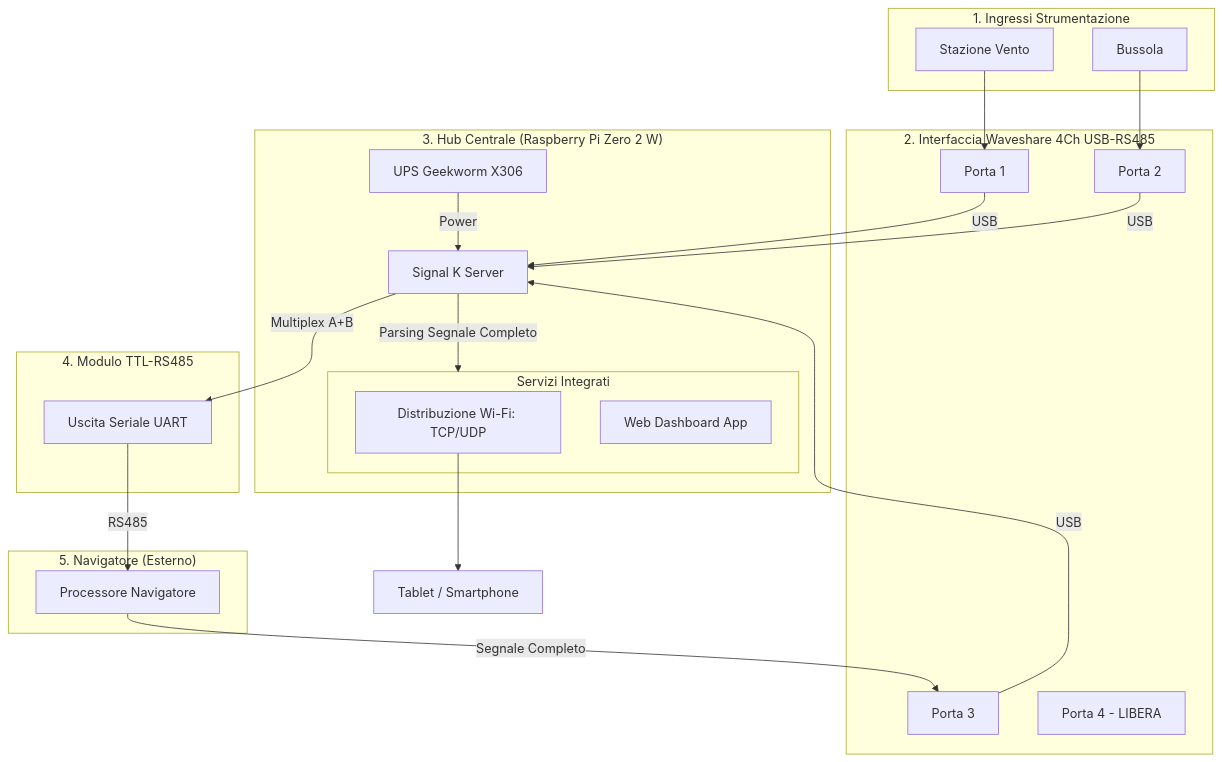
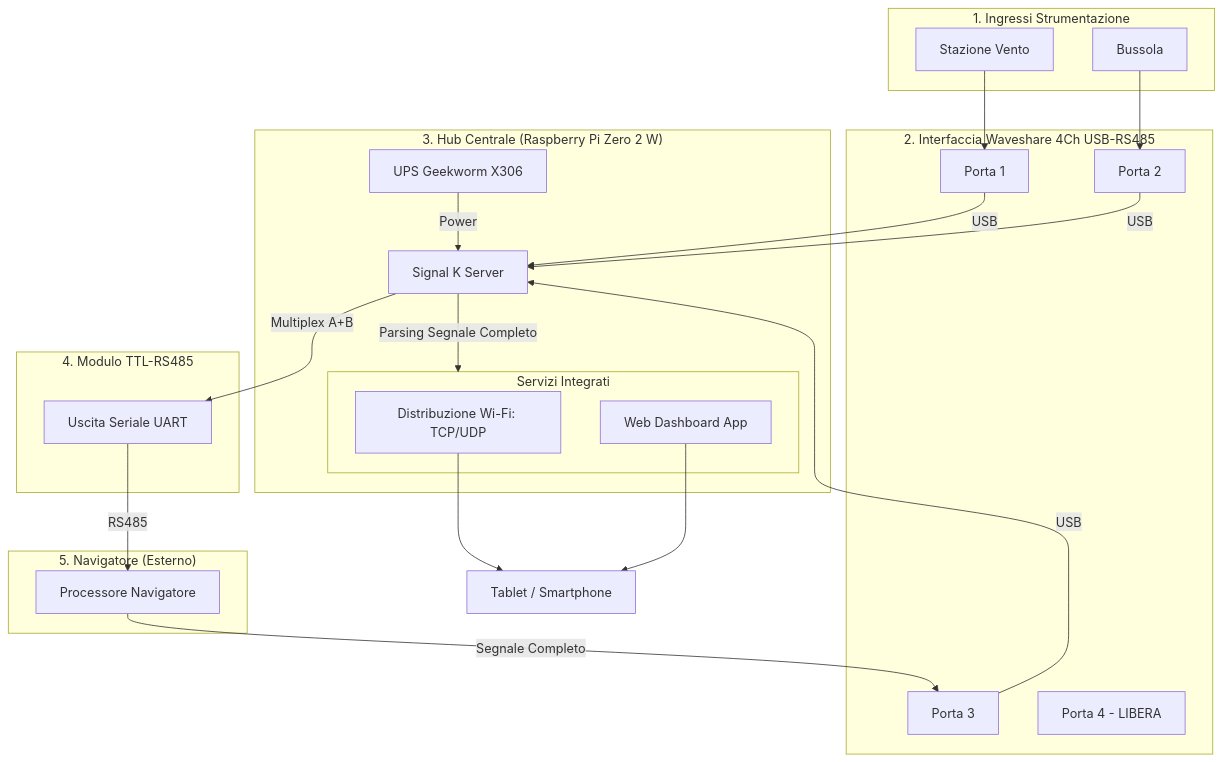
One commit to PZero/MamaoHub changed the diagram in README.md. Above: the diagram before and after it, drawn with Mermaid.

Commit message:
Update: Connected Web Dashboard to Tablet in diagram

````diff
--- a/README.md
+++ b/README.md
@@ -11,49 +11,50 @@
 ```mermaid
 graph TD
     subgraph Ingressi["1. Ingressi Strumentazione"]
         Vento[Stazione Vento]
         Bussola[Bussola]
     end
 
     subgraph Waveshare["2. Interfaccia Waveshare 4Ch USB-RS485"]
         Port1[Porta 1]
         Port2[Porta 2]
         Port3[Porta 3]
         Port4[Porta 4 - LIBERA]
     end
 
     subgraph RPi["3. Hub Centrale (Raspberry Pi Zero 2 W)"]
         SK[Signal K Server]
         UPS[UPS Geekworm X306] -- Power --> SK
         
         subgraph Funzionalita["Servizi Integrati"]
             WiFi[Distribuzione Wi-Fi: TCP/UDP]
             WebDash[Web Dashboard App]
         end
     end
 
     subgraph Bridge["4. Modulo TTL-RS485"]
         TTL[Uscita Seriale UART]
     end
 
     subgraph Nav["5. Navigatore (Esterno)"]
         Nav_Device[Processore Navigatore]
     end
 
     %% Flusso Dati Ingresso
     Vento --> Port1
     Bussola --> Port2
     Port1 & Port2 -- USB --> SK
     
     %% Multiplex A+B verso Navigatore
     SK -- "Multiplex A+B" --> TTL
     TTL -- "RS485" --> Nav_Device
     
     %% Rientro Segnale Completo
     Nav_Device -- "Segnale Completo" --> Port3
     Port3 -- USB --> SK
     
     %% Output Wi-Fi e Web
     SK -- "Parsing Segnale Completo" --> Funzionalita
     WiFi --> Tablet[Tablet / Smartphone]
+    WebDash --> Tablet
 ```
````
